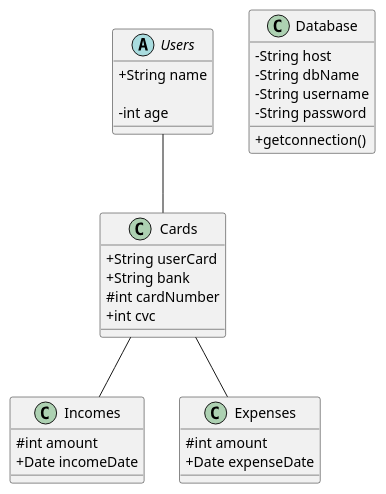
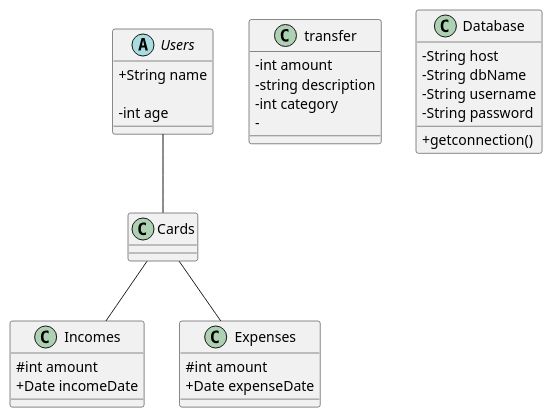
One commit to abderrahim-ghmouch/Smart-wallet-v2 changed the diagram in diagrammes/classediagramme.puml. Above: the diagram before and after it, drawn with PlantUML. The commit also changed 8 other files, not shown here.

```diff
--- a/diagrammes/classediagramme.puml
+++ b/diagrammes/classediagramme.puml
@@ -1,41 +1,43 @@
 @startuml Smart_wallet
 
 
 skinparam classAttributeIconSize 0
 
 abstract class Users {
     +String name
     
     -int age
 }
 
-class Cards {
-    +String userCard
-    +String bank
-    #int cardNumber
-    +int cvc
+class transfer
+{
+- int amount 
+-string description
+-int category
+-
+
 }
 
 class Incomes {
     #int amount
     +Date incomeDate
 }
 
 class Expenses {
     #int amount
     +Date expenseDate
 }
 
 class Database {
     -String host
     -String dbName
     -String username
     -String password
     +getconnection()
 }
 
 Users -- Cards
 Cards -- Incomes
 Cards -- Expenses
 
 @enduml
```
